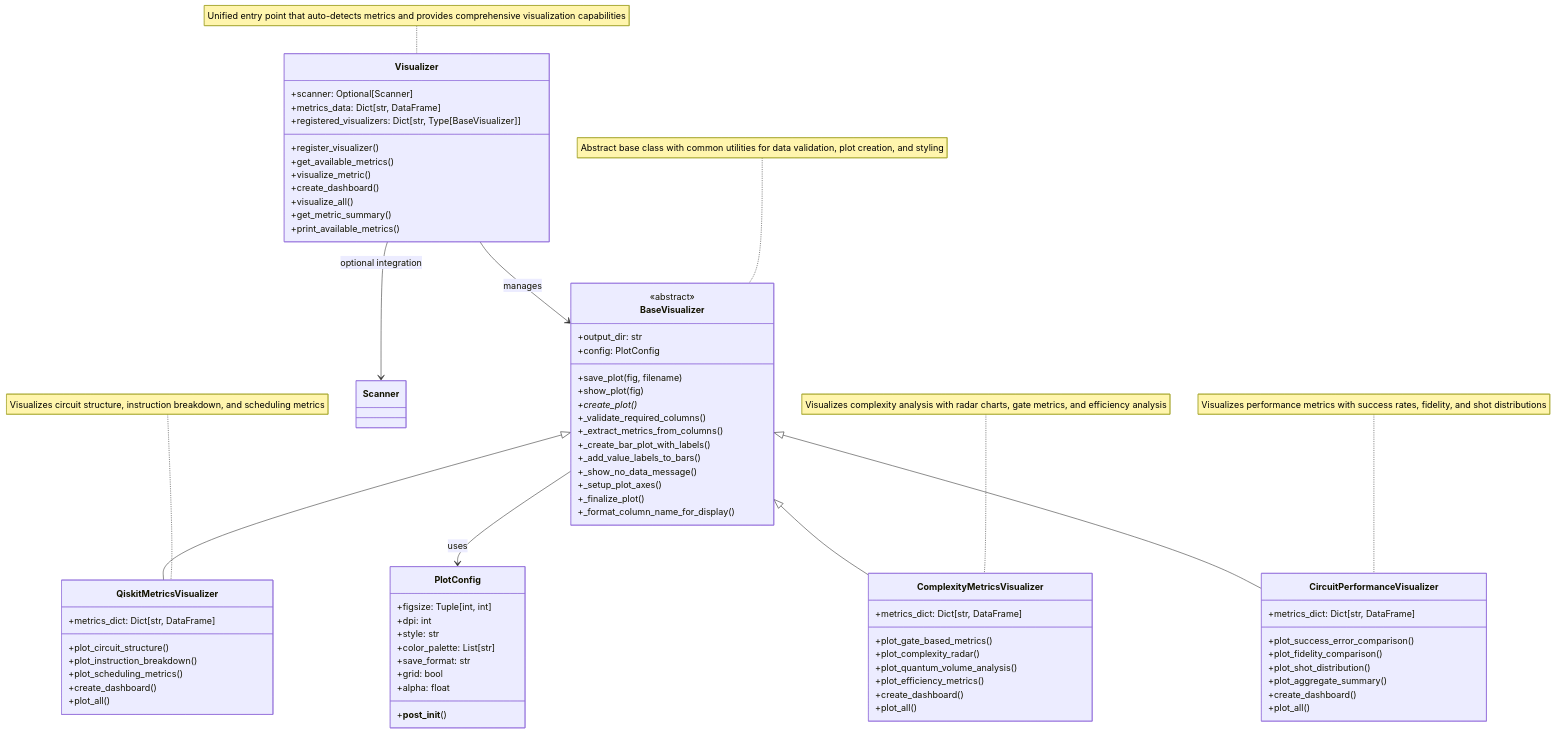
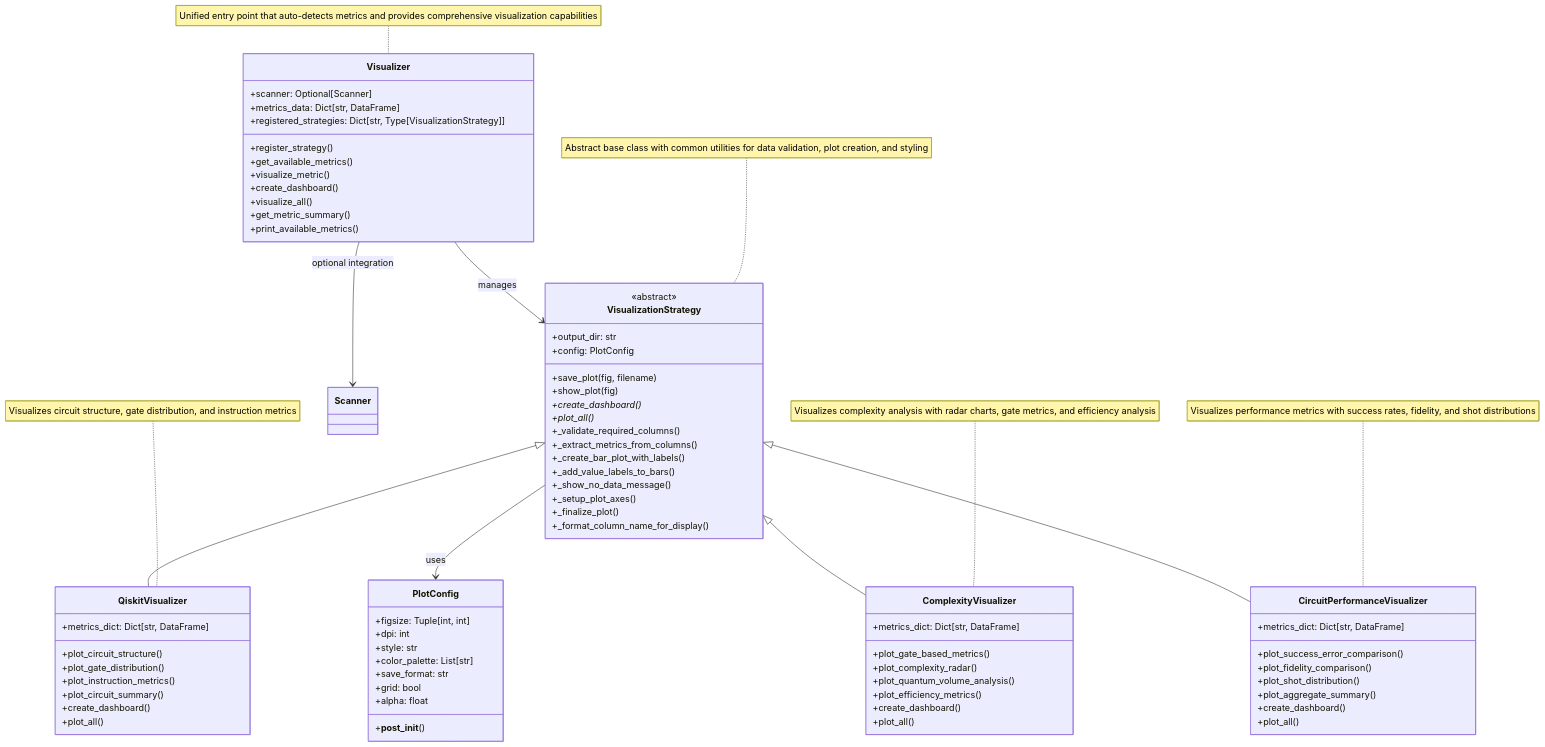
Before and after one commit to xthecapx/qiskit-qward: the fourth of 4 diagrams in docs/architecture.md, drawn with Mermaid. The commit also changed other lines of this file and 37 other files, not shown here.

````diff
--- a/docs/architecture.md
+++ b/docs/architecture.md
@@ -577,12 +588,13 @@
 ```{mermaid}
 classDiagram
-    class BaseVisualizer {
+    class VisualizationStrategy {
         <<abstract>>
         +output_dir: str
         +config: PlotConfig
         +save_plot(fig, filename)
         +show_plot(fig)
-        +create_plot()*
+        +create_dashboard()*
+        +plot_all()*
         +_validate_required_columns()
         +_extract_metrics_from_columns()
         +_create_bar_plot_with_labels()
@@ -604,16 +616,17 @@
         +__post_init__()
     }
     
-    class QiskitMetricsVisualizer {
+    class QiskitVisualizer {
         +metrics_dict: Dict[str, DataFrame]
         +plot_circuit_structure()
-        +plot_instruction_breakdown()
-        +plot_scheduling_metrics()
+        +plot_gate_distribution()
+        +plot_instruction_metrics()
+        +plot_circuit_summary()
         +create_dashboard()
         +plot_all()
     }
     
-    class ComplexityMetricsVisualizer {
+    class ComplexityVisualizer {
         +metrics_dict: Dict[str, DataFrame]
         +plot_gate_based_metrics()
         +plot_complexity_radar()
@@ -636,8 +649,8 @@
     class Visualizer {
         +scanner: Optional[Scanner]
         +metrics_data: Dict[str, DataFrame]
-        +registered_visualizers: Dict[str, Type[BaseVisualizer]]
-        +register_visualizer()
+        +registered_strategies: Dict[str, Type[VisualizationStrategy]]
+        +register_strategy()
         +get_available_metrics()
         +visualize_metric()
         +create_dashboard()
@@ -646,16 +659,16 @@
         +print_available_metrics()
     }
 
-    BaseVisualizer <|-- QiskitMetricsVisualizer
-    BaseVisualizer <|-- ComplexityMetricsVisualizer
-    BaseVisualizer <|-- CircuitPerformanceVisualizer
-    BaseVisualizer --> PlotConfig : uses
-    Visualizer --> BaseVisualizer : manages
+    VisualizationStrategy <|-- QiskitVisualizer
+    VisualizationStrategy <|-- ComplexityVisualizer
+    VisualizationStrategy <|-- CircuitPerformanceVisualizer
+    VisualizationStrategy --> PlotConfig : uses
+    Visualizer --> VisualizationStrategy : manages
     Visualizer --> Scanner : optional integration
     
-    note for BaseVisualizer "Abstract base class with common utilities for data validation, plot creation, and styling"
-    note for QiskitMetricsVisualizer "Visualizes circuit structure, instruction breakdown, and scheduling metrics"
-    note for ComplexityMetricsVisualizer "Visualizes complexity analysis with radar charts, gate metrics, and efficiency analysis"
+    note for VisualizationStrategy "Abstract base class with common utilities for data validation, plot creation, and styling"
+    note for QiskitVisualizer "Visualizes circuit structure, gate distribution, and instruction metrics"
+    note for ComplexityVisualizer "Visualizes complexity analysis with radar charts, gate metrics, and efficiency analysis"
     note for CircuitPerformanceVisualizer "Visualizes performance metrics with success rates, fidelity, and shot distributions"
     note for Visualizer "Unified entry point that auto-detects metrics and provides comprehensive visualization capabilities"
 ```
````
